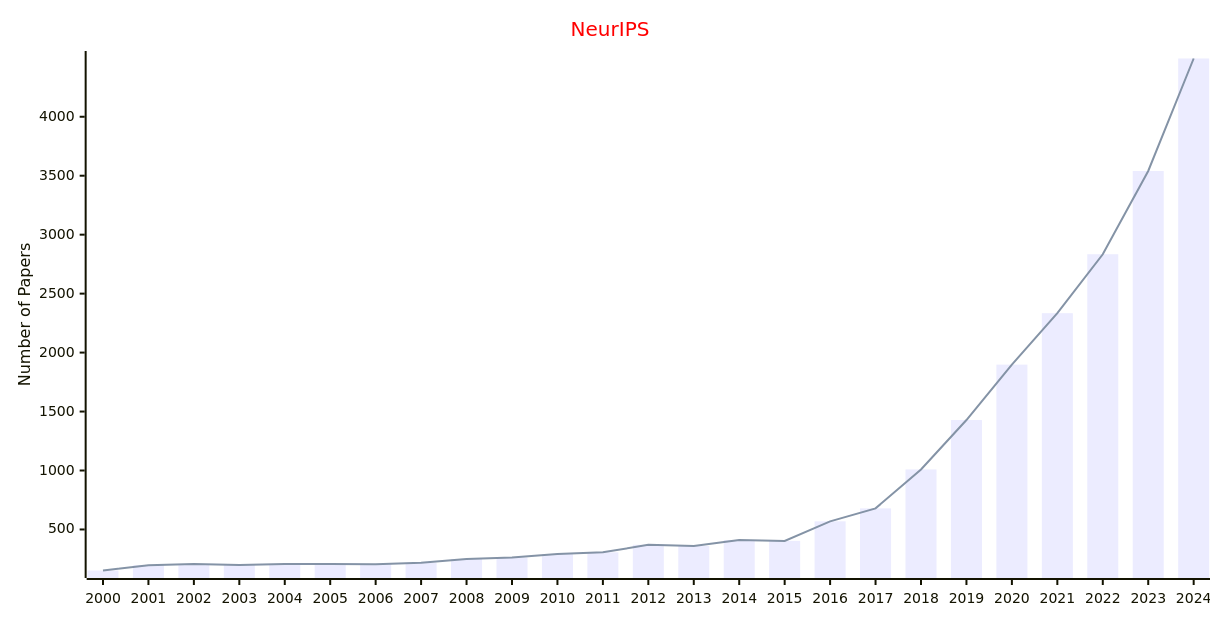
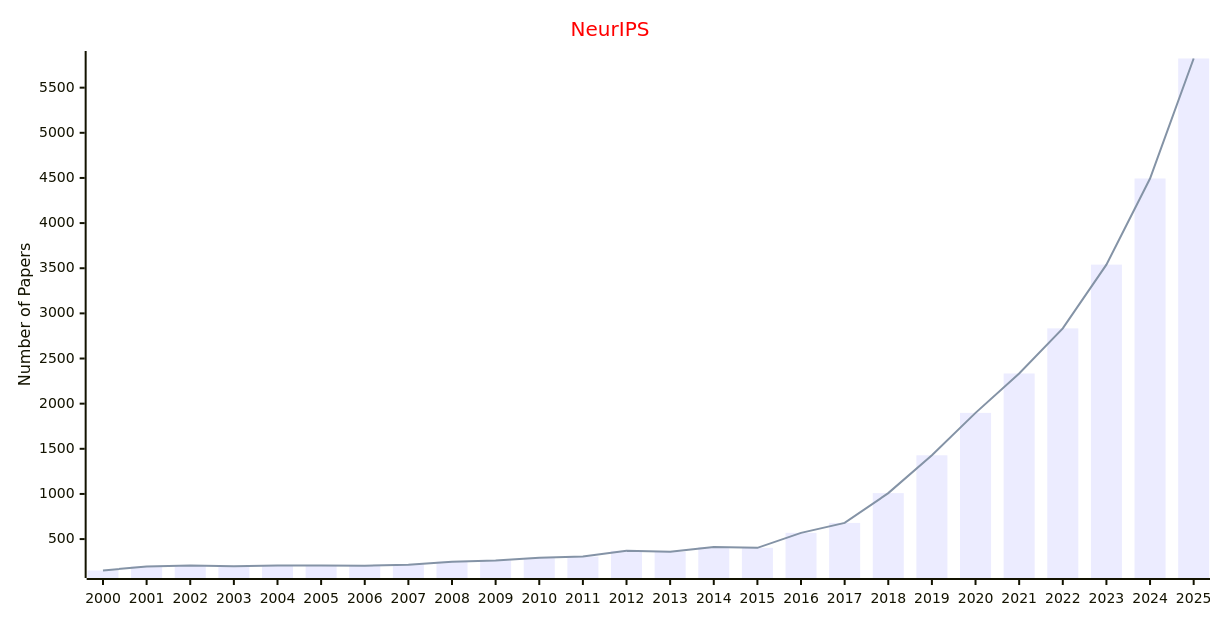
Before and after one commit to Easy-PhD/AILinks: the fourth of 5 diagrams in docs/data/Conferences/Publishers_Conferences/OPEN.md, drawn with Mermaid. The commit also changed 15 other files, not shown here.

````diff
--- a/docs/data/Conferences/Publishers_Conferences/OPEN.md
+++ b/docs/data/Conferences/Publishers_Conferences/OPEN.md
@@ -117,17 +117,17 @@
 ```mermaid
 ---
 config:
     xyChart:
         width: 1200
         height: 600
     themeVariables:
         xyChart:
             titleColor: "#ff0000"
 ---
 xychart-beta
     title "NeurIPS"
-    x-axis [2000, 2001, 2002, 2003, 2004, 2005, 2006, 2007, 2008, 2009, 2010, 2011, 2012, 2013, 2014, 2015, 2016, 2017, 2018, 2019, 2020, 2021, 2022, 2023, 2024]
+    x-axis [2000, 2001, 2002, 2003, 2004, 2005, 2006, 2007, 2008, 2009, 2010, 2011, 2012, 2013, 2014, 2015, 2016, 2017, 2018, 2019, 2020, 2021, 2022, 2023, 2024, 2025]
     y-axis "Number of Papers"
-    bar [152, 197, 207, 198, 207, 207, 204, 217, 250, 262, 292, 306, 370, 360, 411, 403, 569, 679, 1009, 1428, 1898, 2334, 2834, 3540, 4494]
-    line [152, 197, 207, 198, 207, 207, 204, 217, 250, 262, 292, 306, 370, 360, 411, 403, 569, 679, 1009, 1428, 1898, 2334, 2834, 3540, 4494]
+    bar [152, 197, 207, 198, 207, 207, 204, 217, 250, 262, 292, 306, 370, 360, 411, 403, 569, 679, 1009, 1428, 1898, 2334, 2834, 3540, 4494, 5823]
+    line [152, 197, 207, 198, 207, 207, 204, 217, 250, 262, 292, 306, 370, 360, 411, 403, 569, 679, 1009, 1428, 1898, 2334, 2834, 3540, 4494, 5823]
 ```
````
